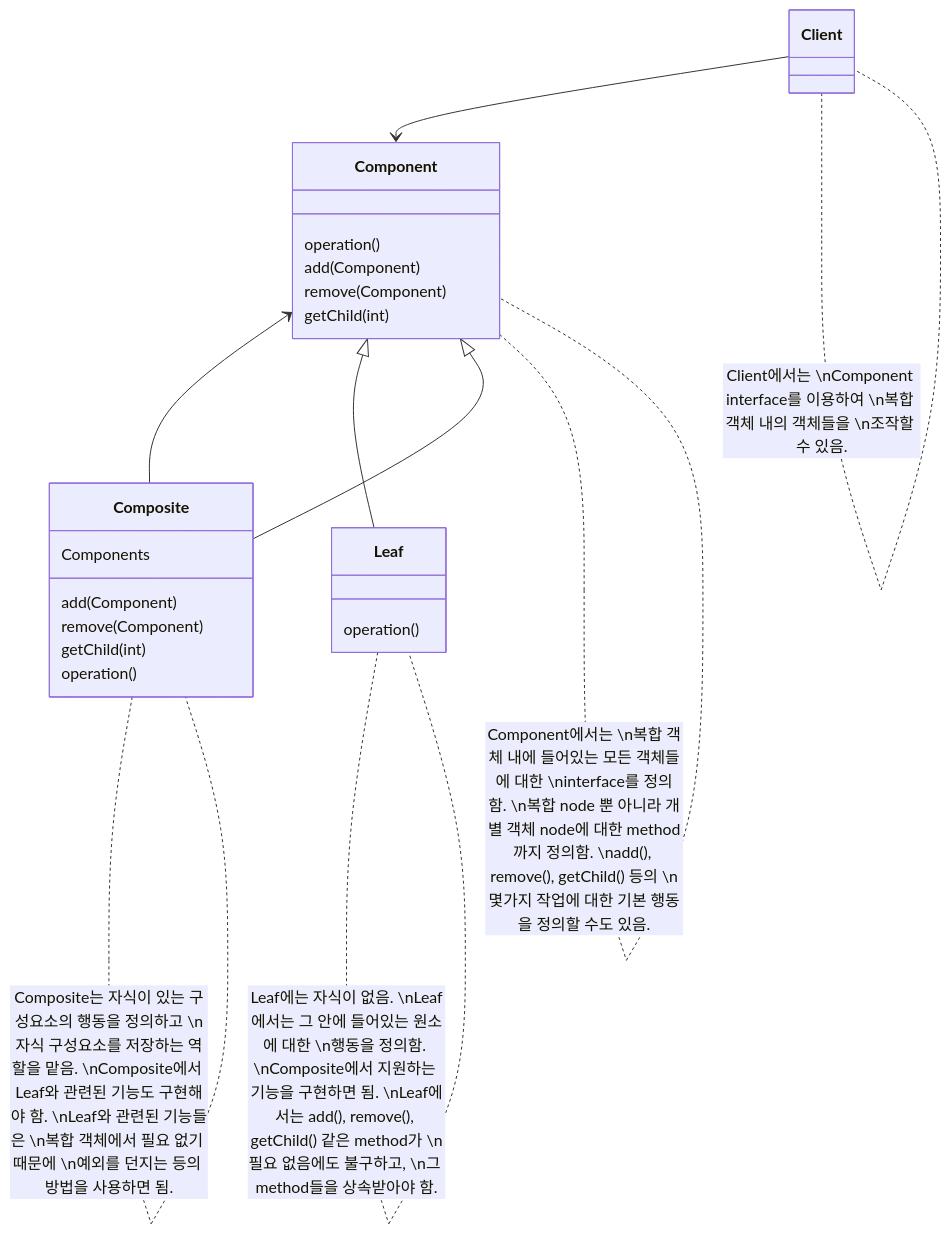
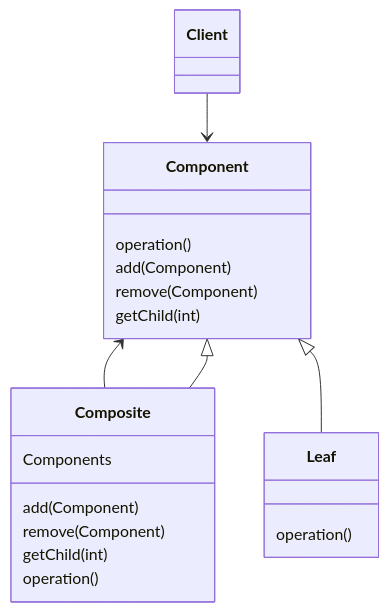
The second of 3 diagrams in collections/_notes/software-design/design-pattern/composit-pattern.md (choesimin/choesimin.github.io), drawn with Mermaid before and after one commit. The commit also changed other lines of this file and 1 other file, not shown here.

````diff
--- a/collections/_notes/software-design/design-pattern/composit-pattern.md
+++ b/collections/_notes/software-design/design-pattern/composit-pattern.md
@@ -102,35 +127,30 @@
 ```mermaid
 classDiagram
 
 class Client
 
 class Component {
     operation()
     add(Component)
     remove(Component)
     getChild(int)
 }
 
 class Composite {
     Components
     add(Component)
     remove(Component)
     getChild(int)
     operation()
 }
 
 class Leaf {
     operation()
 }
 
 
 Client --> Component
 Component <-- Composite
 Component <|-- Leaf
 Component <|-- Composite
-
-Client .. Client : Client에서는 \nComponent interface를 이용하여 \n복합 객체 내의 객체들을 \n조작할 수 있음.
-Component .. Component : Component에서는 \n복합 객체 내에 들어있는 모든 객체들에 대한 \ninterface를 정의함. \n복합 node 뿐 아니라 개별 객체 node에 대한 method까지 정의함. \nadd(), remove(), getChild() 등의 \n몇가지 작업에 대한 기본 행동을 정의할 수도 있음.
-Composite .. Composite : Composite는 자식이 있는 구성요소의 행동을 정의하고 \n자식 구성요소를 저장하는 역할을 맡음. \nComposite에서 Leaf와 관련된 기능도 구현해야 함. \nLeaf와 관련된 기능들은 \n복합 객체에서 필요 없기 때문에 \n예외를 던지는 등의 방법을 사용하면 됨.
-Leaf .. Leaf : Leaf에는 자식이 없음. \nLeaf에서는 그 안에 들어있는 원소에 대한 \n행동을 정의함. \nComposite에서 지원하는 기능을 구현하면 됨. \nLeaf에서는 add(), remove(), getChild() 같은 method가 \n필요 없음에도 불구하고, \n그 method들을 상속받아야 함.
 ```
````
